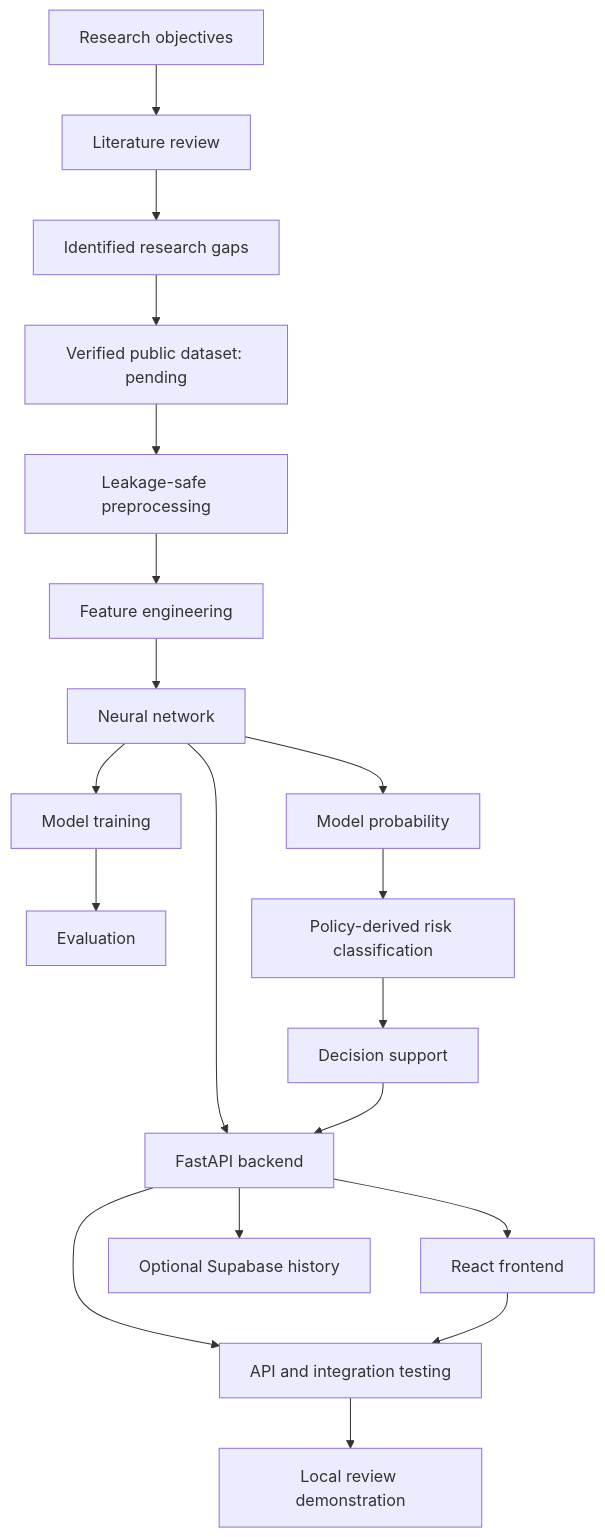
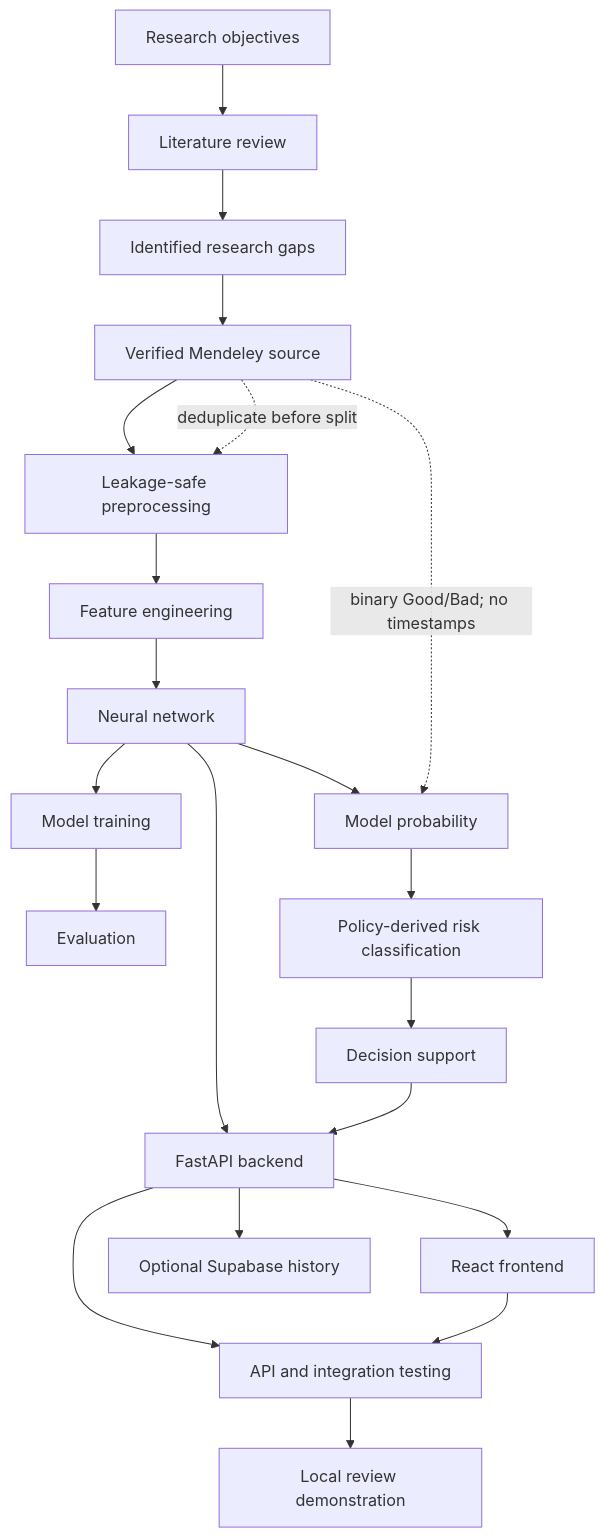
One commit to KapArnav/food-spoilage-risk-prediction changed the diagram in docs/project_graph.mmd. Above: the diagram before and after it, drawn with Mermaid. The commit also changed 8 other files, not shown here.

```diff
--- a/docs/project_graph.mmd
+++ b/docs/project_graph.mmd
@@ -1,19 +1,21 @@
 flowchart TD
     objectives[Research objectives] --> literature[Literature review]
     literature --> gaps[Identified research gaps]
-    gaps --> dataset[Verified public dataset: pending]
+    gaps --> dataset[Verified Mendeley source]
     dataset --> preprocessing[Leakage-safe preprocessing]
     preprocessing --> features[Feature engineering]
     features --> neural[Neural network]
     neural --> training[Model training]
     training --> evaluation[Evaluation]
     neural --> probability[Model probability]
     probability --> risk[Policy-derived risk classification]
     risk --> decision[Decision support]
     neural --> backend[FastAPI backend]
     decision --> backend
     backend --> frontend[React frontend]
     backend --> supabase[Optional Supabase history]
     backend --> testing[API and integration testing]
     frontend --> testing
     testing --> deployment[Local review demonstration]
+    dataset -.->|binary Good/Bad; no timestamps| probability
+    dataset -.->|deduplicate before split| preprocessing
```
